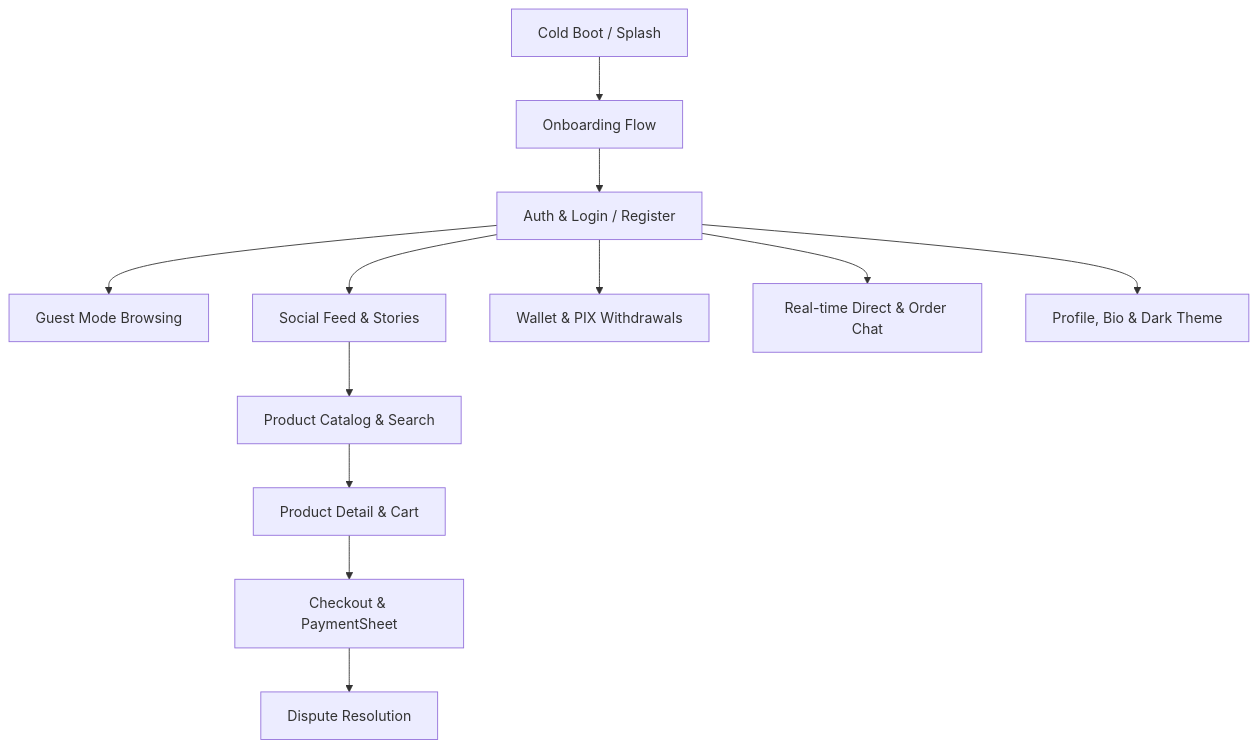
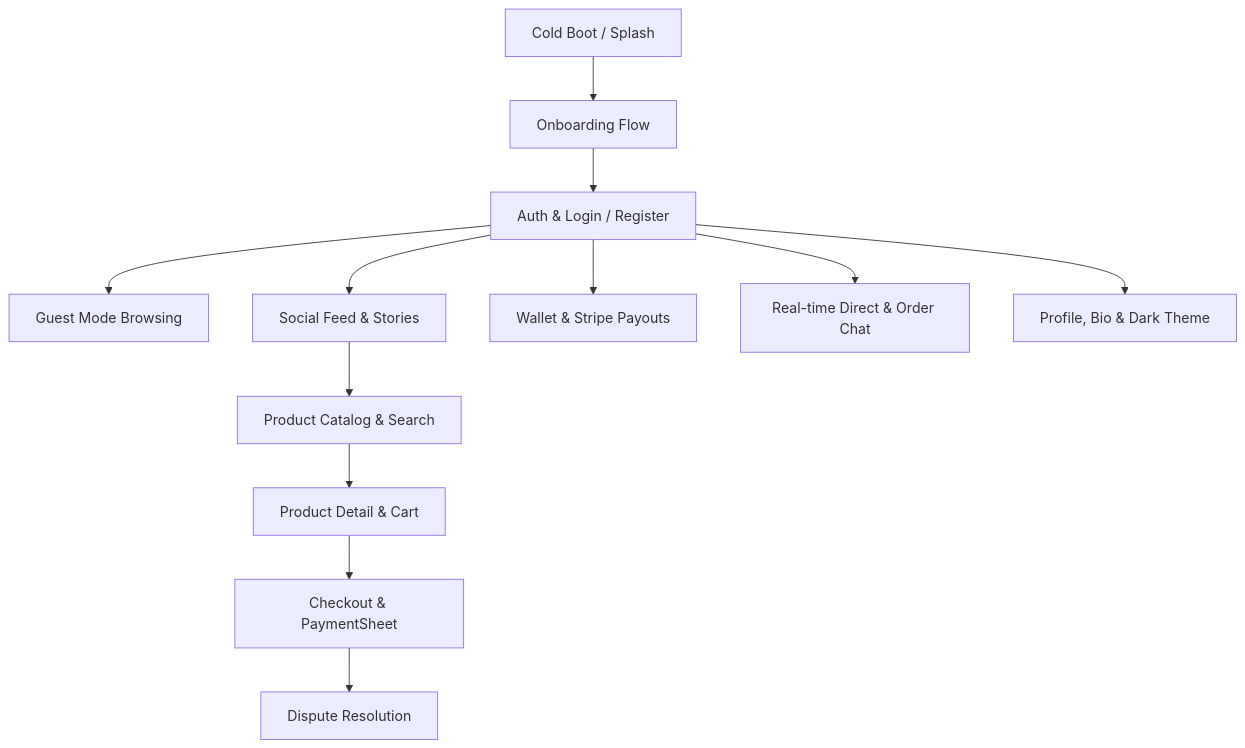
One commit to vsmarlon/freebay changed the diagram in .claude/skills/freebay-mobile-mcp/SKILL.md. Above: the diagram before and after it, drawn with Mermaid. The commit also changed other lines of this file and 539 other files, not shown here.

````diff
--- a/.claude/skills/freebay-mobile-mcp/SKILL.md
+++ b/.claude/skills/freebay-mobile-mcp/SKILL.md
@@ -35,14 +41,14 @@
 ```mermaid
 graph TD
     Boot[Cold Boot / Splash] --> Onboarding[Onboarding Flow]
     Onboarding --> Auth[Auth & Login / Register]
     Auth --> Guest[Guest Mode Browsing]
     Auth --> Feed[Social Feed & Stories]
     Feed --> Explore[Product Catalog & Search]
     Explore --> Product[Product Detail & Cart]
     Product --> Checkout[Checkout & PaymentSheet]
-    Auth --> Wallet[Wallet & PIX Withdrawals]
+    Auth --> Wallet[Wallet & Stripe Payouts]
     Auth --> Chat[Real-time Direct & Order Chat]
     Auth --> Profile[Profile, Bio & Dark Theme]
     Checkout --> Disputes[Dispute Resolution]
 ```
````
